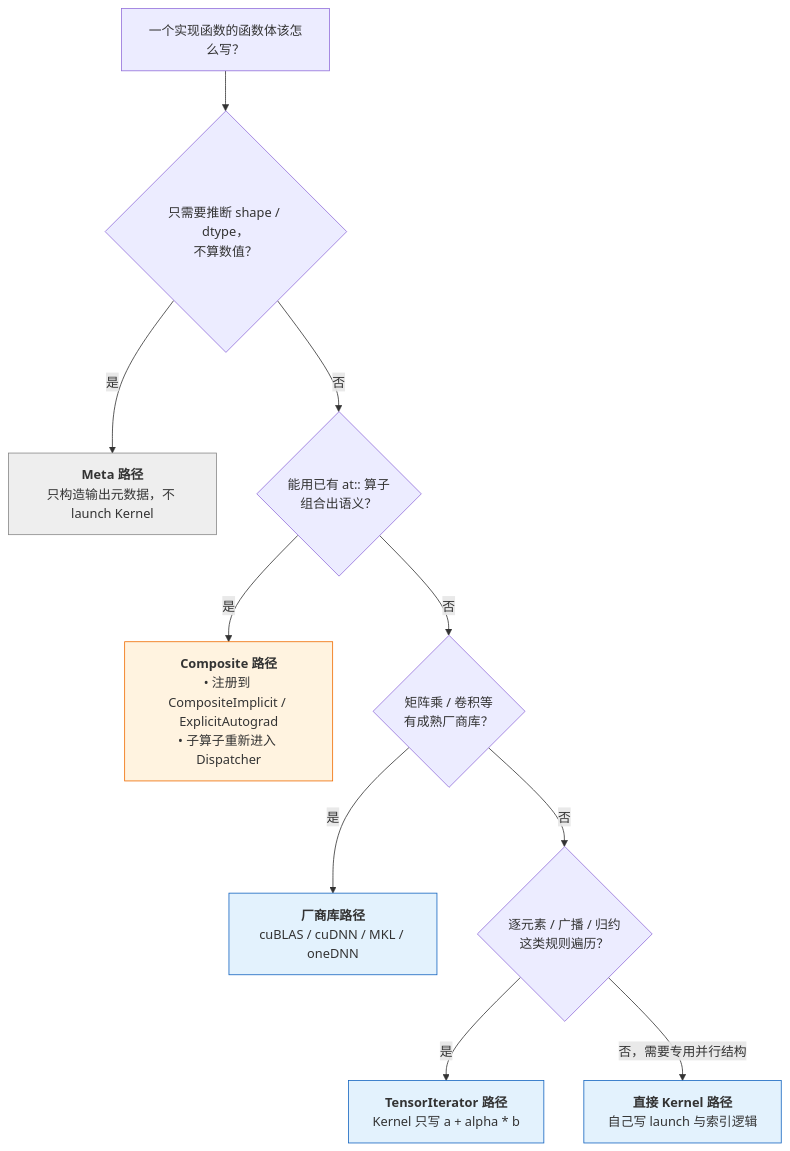
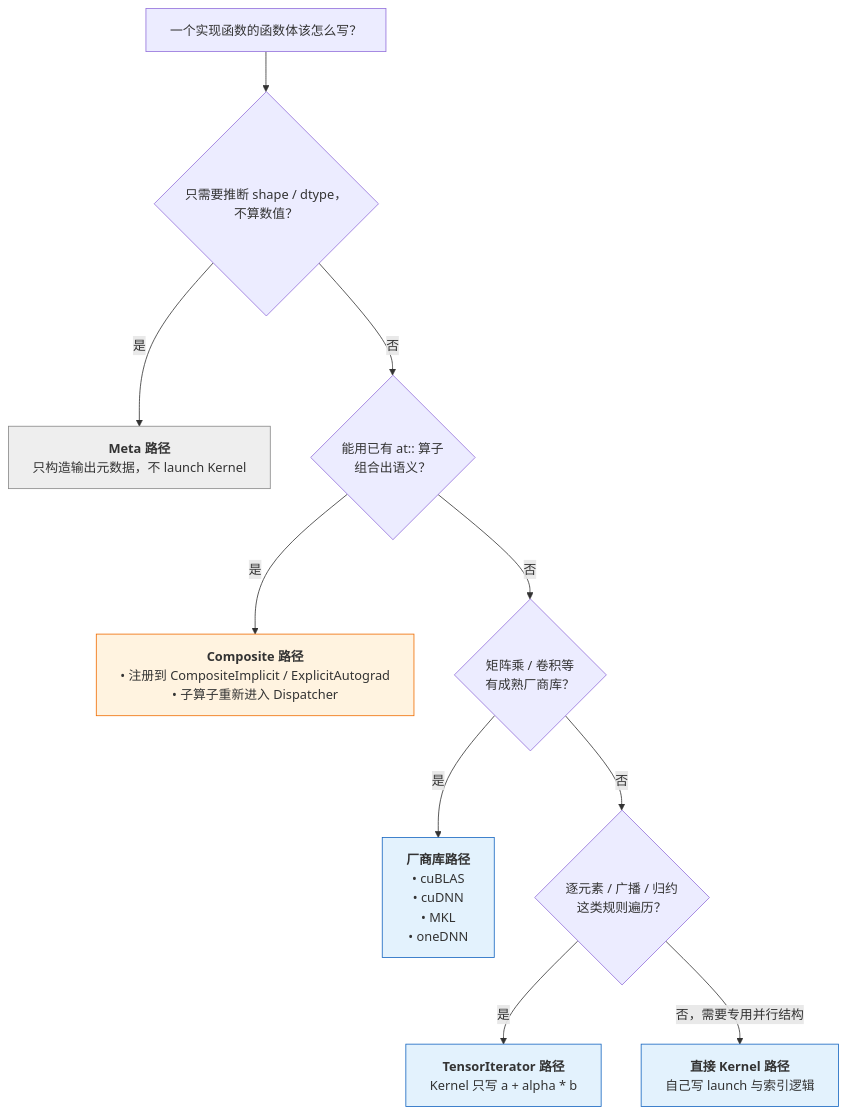
Before and after one commit to arganzheng/arganzheng.github.com: the second of 6 diagrams in _posts/2026-02-21-pytorch-dispatcher-and-operator-system.md, drawn with Mermaid. The commit also changed other lines of this file and 9 other files, not shown here.

First line of the commit message:
PyTorch 系列其余 9 篇：流程图方框改成「标题 + 列表」

````diff
--- a/_posts/2026-02-21-pytorch-dispatcher-and-operator-system.md
+++ b/_posts/2026-02-21-pytorch-dispatcher-and-operator-system.md
@@ -494,19 +494,20 @@
 ```mermaid
+%%{init: {"flowchart": {"wrappingWidth": 440}}}%%
 %% 图：算子实现的五种模式：按计算形态在 Meta、Composite、厂商库、TensorIterator、直接 Kernel 之间选
 flowchart TB
     Q0["一个实现函数的函数体该怎么写？"] --> Q1{"只需要推断 shape / dtype，<br/>不算数值？"}
     Q1 -->|"是"| META["<b>Meta 路径</b><br/>只构造输出元数据，不 launch Kernel"]
     Q1 -->|"否"| Q2{"能用已有 at:: 算子<br/>组合出语义？"}
     Q2 -->|"是"| COMP["<b>Composite 路径</b><br/>• 注册到 CompositeImplicit / ExplicitAutograd<br/>• 子算子重新进入 Dispatcher"]
     Q2 -->|"否"| Q3{"矩阵乘 / 卷积等<br/>有成熟厂商库？"}
-    Q3 -->|"是"| LIB["<b>厂商库路径</b><br/>cuBLAS / cuDNN / MKL / oneDNN"]
+    Q3 -->|"是"| LIB["<b>厂商库路径</b><br/>• cuBLAS<br/>• cuDNN<br/>• MKL<br/>• oneDNN"]
     Q3 -->|"否"| Q4{"逐元素 / 广播 / 归约<br/>这类规则遍历？"}
     Q4 -->|"是"| TI["<b>TensorIterator 路径</b><br/>Kernel 只写 a + alpha * b"]
     Q4 -->|"否，需要专用并行结构"| DK["<b>直接 Kernel 路径</b><br/>自己写 launch 与索引逻辑"]
     classDef nokernel fill:#eeeeee,stroke:#888888;
     classDef kernel fill:#e3f2fd,stroke:#1565c0;
     classDef reenter fill:#fff3e0,stroke:#ef6c00;
     class META nokernel;
     class TI,DK,LIB kernel;
     class COMP reenter;
 ```
````
